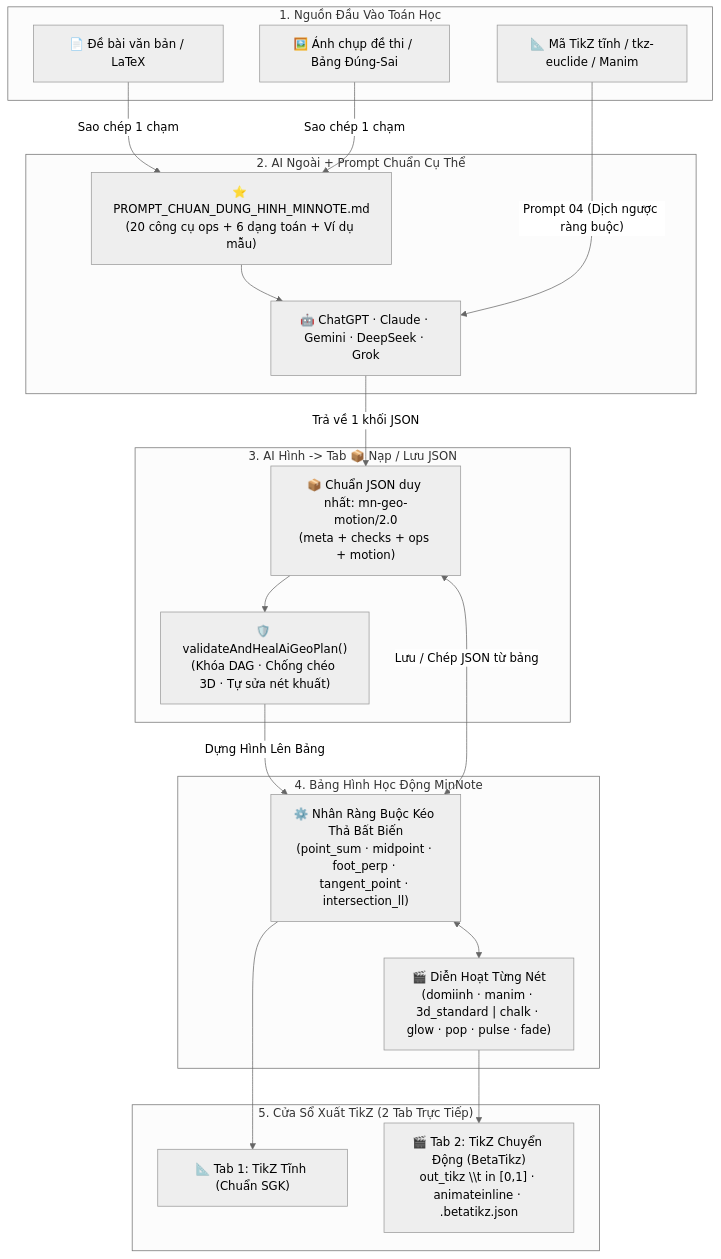
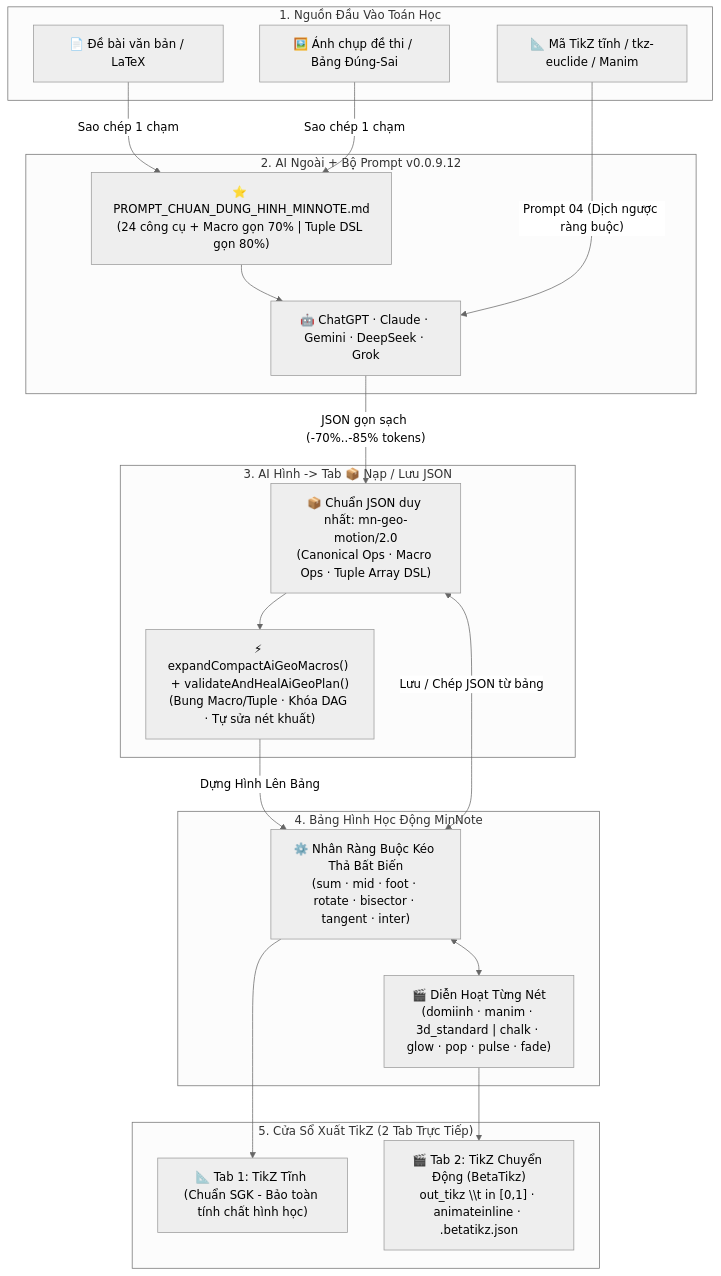
The diagram in prompts/README.md (Do-Miinh-1210/minnotee), drawn with Mermaid (neutral theme) before and after one commit. The commit also changed other lines of this file and 13 other files, not shown here.

Commit message:
feat(v0.0.9.13): exact non-distorting TikZ grid normalization, full dynamic geometry toolkit & 80% compact AI macro/tuple DSL

````diff
--- a/prompts/README.md
+++ b/prompts/README.md
@@ -27,39 +28,39 @@
 ```mermaid
 flowchart TD
     subgraph INPUT["1. Nguồn Đầu Vào Toán Học"]
         P1["📄 Đề bài văn bản / LaTeX"]
         P2["🖼️ Ảnh chụp đề thi / Bảng Đúng-Sai"]
         P3["📐 Mã TikZ tĩnh / tkz-euclide / Manim"]
     end
 
-    subgraph AI_HUB["2. AI Ngoài + Prompt Chuẩn Cụ Thể"]
-        MST["⭐ PROMPT_CHUAN_DUNG_HINH_MINNOTE.md\n(20 công cụ ops + 6 dạng toán + Ví dụ mẫu)"]
+    subgraph AI_HUB["2. AI Ngoài + Bộ Prompt v0.0.9.12"]
+        MST["⭐ PROMPT_CHUAN_DUNG_HINH_MINNOTE.md\n(24 công cụ + Macro gọn 70% | Tuple DSL gọn 80%)"]
         LLM["🤖 ChatGPT · Claude · Gemini · DeepSeek · Grok"]
         MST --> LLM
     end
 
     subgraph JSON_IO["3. AI Hình -> Tab 📦 Nạp / Lưu JSON"]
-        J2["📦 Chuẩn JSON duy nhất: mn-geo-motion/2.0\n(meta + checks + ops + motion)"]
-        VAL["🛡️ validateAndHealAiGeoPlan()\n(Khóa DAG · Chống chéo 3D · Tự sửa nét khuất)"]
-        J2 --> VAL
+        J2["📦 Chuẩn JSON duy nhất: mn-geo-motion/2.0\n(Canonical Ops · Macro Ops · Tuple Array DSL)"]
+        EXP["⚡ expandCompactAiGeoMacros() + validateAndHealAiGeoPlan()\n(Bung Macro/Tuple · Khóa DAG · Tự sửa nét khuất)"]
+        J2 --> EXP
     end
 
     subgraph BOARD["4. Bảng Hình Học Động MinNote"]
-        KRN["⚙️ Nhân Ràng Buộc Kéo Thả Bất Biến\n(point_sum · midpoint · foot_perp · tangent_point · intersection_ll)"]
+        KRN["⚙️ Nhân Ràng Buộc Kéo Thả Bất Biến\n(sum · mid · foot · rotate · bisector · tangent · inter)"]
         RPL["🎬 Diễn Hoạt Từng Nét\n(domiinh · manim · 3d_standard | chalk · glow · pop · pulse · fade)"]
         KRN <--> RPL
     end
 
     subgraph TIKZ_WIN["5. Cửa Sổ Xuất TikZ (2 Tab Trực Tiếp)"]
-        TKZ_S["📐 Tab 1: TikZ Tĩnh (Chuẩn SGK)"]
+        TKZ_S["📐 Tab 1: TikZ Tĩnh (Chuẩn SGK - Bảo toàn tính chất hình học)"]
         TKZ_A["🎬 Tab 2: TikZ Chuyển Động (BetaTikz)\nout_tikz \\t in [0,1] · animateinline · .betatikz.json"]
     end
 
     P1 & P2 -->|"Sao chép 1 chạm"| MST
     P3 -->|"Prompt 04 (Dịch ngược ràng buộc)"| LLM
-    LLM -->|"Trả về 1 khối JSON"| J2
-    VAL -->|"Dựng Hình Lên Bảng"| KRN
+    LLM -->|"JSON gọn sạch (-70%..-85% tokens)"| J2
+    EXP -->|"Dựng Hình Lên Bảng"| KRN
     KRN <-->|"Lưu / Chép JSON từ bảng"| J2
     KRN --> TKZ_S
     RPL --> TKZ_A
 ```
````
